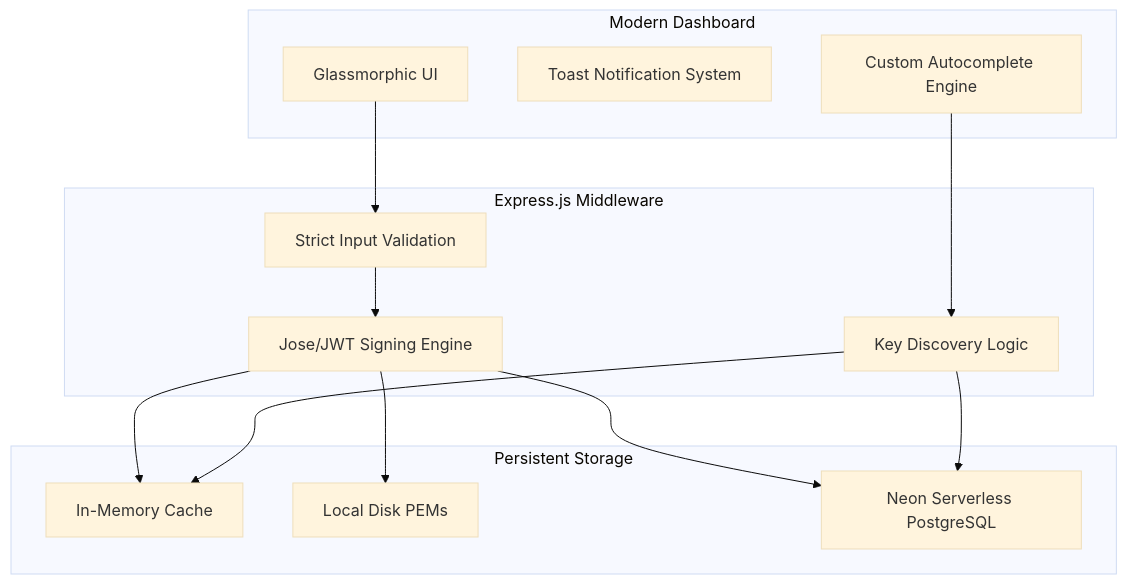
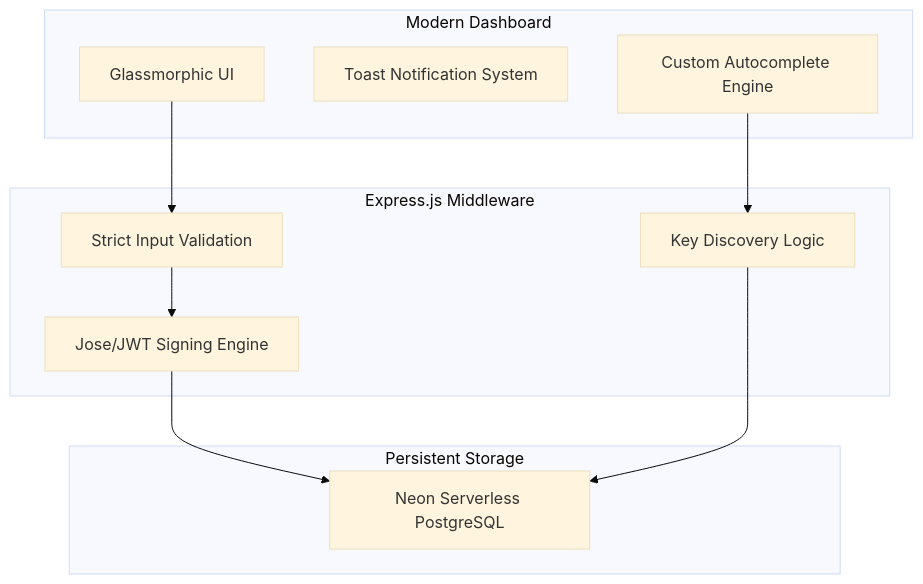
One commit to ranjithkodangil/trust_broker changed the diagram in README.md. Above: the diagram before and after it, drawn with Mermaid (base theme). The commit also changed other lines of this file and 1 other file, not shown here.

Commit message:
feat: enhance dashboard UI, API validation, and documentation

````diff
--- a/README.md
+++ b/README.md
@@ -15,29 +15,24 @@
 ```mermaid
 graph TD
     subgraph Frontend [Modern Dashboard]
         UI[Glassmorphic UI]
         Toast[Toast Notification System]
         Auto[Custom Autocomplete Engine]
     end
 
     subgraph API_Layer [Express.js Middleware]
         Validation[Strict Input Validation]
         Jose[Jose/JWT Signing Engine]
         List[Key Discovery Logic]
     end
 
     subgraph Storage [Persistent Storage]
-        Memory[In-Memory Cache]
-        Local[Local Disk PEMs]
         Neon[Neon Serverless PostgreSQL]
     end
 
     UI --> Validation
     Validation --> Jose
-    Jose --> Memory
-    Jose --> Local
     Jose --> Neon
     Auto --> List
-    List --> Memory
     List --> Neon
 ```
````
